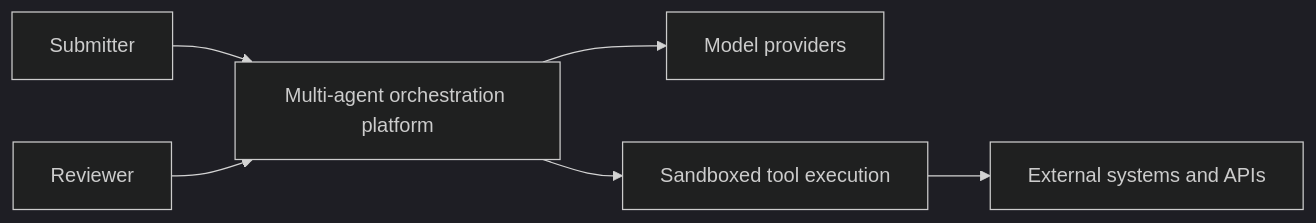
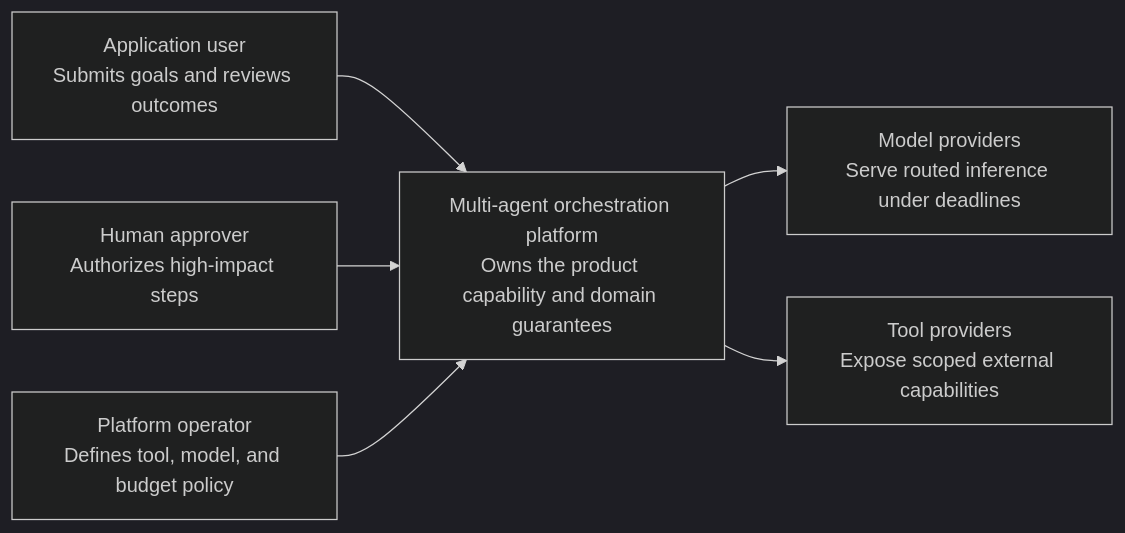
One commit to navaidya/learning changed the first of 5 diagrams in content/system-design/21-multi-agent-orchestration.md. Above: the diagram before and after it, drawn with Mermaid (dark theme). The commit also changed other lines of this file and 49 other files, not shown here.

````diff
--- a/content/system-design/21-multi-agent-orchestration.md
+++ b/content/system-design/21-multi-agent-orchestration.md
@@ -34,10 +53,11 @@
 ```mermaid
 flowchart LR
-  accTitle: Multi-agent orchestration system context
-  accDescr: Task submitters and reviewers interact with the orchestration platform, which integrates model providers, a sandboxed tool execution layer, and external systems.
-  Submitter --> Platform[Multi-agent orchestration platform]
-  Reviewer --> Platform
-  Platform --> Models[Model providers]
-  Platform --> Sandbox[Sandboxed tool execution]
-  Sandbox --> External[External systems and APIs]
+  accTitle: Multi-agent orchestration platform system context
+  accDescr: Human and system actors use Multi-agent orchestration platform, which integrates with explicitly bounded external capabilities.
+  A1["Application user<br/>Submits goals and reviews outcomes"] --> System
+  A2["Human approver<br/>Authorizes high-impact steps"] --> System
+  A3["Platform operator<br/>Defines tool, model, and budget policy"] --> System
+  System["Multi-agent orchestration platform<br/>Owns the product capability and domain guarantees"]
+  System --> E1["Model providers<br/>Serve routed inference under deadlines"]
+  System --> E2["Tool providers<br/>Expose scoped external capabilities"]
 ```
````
